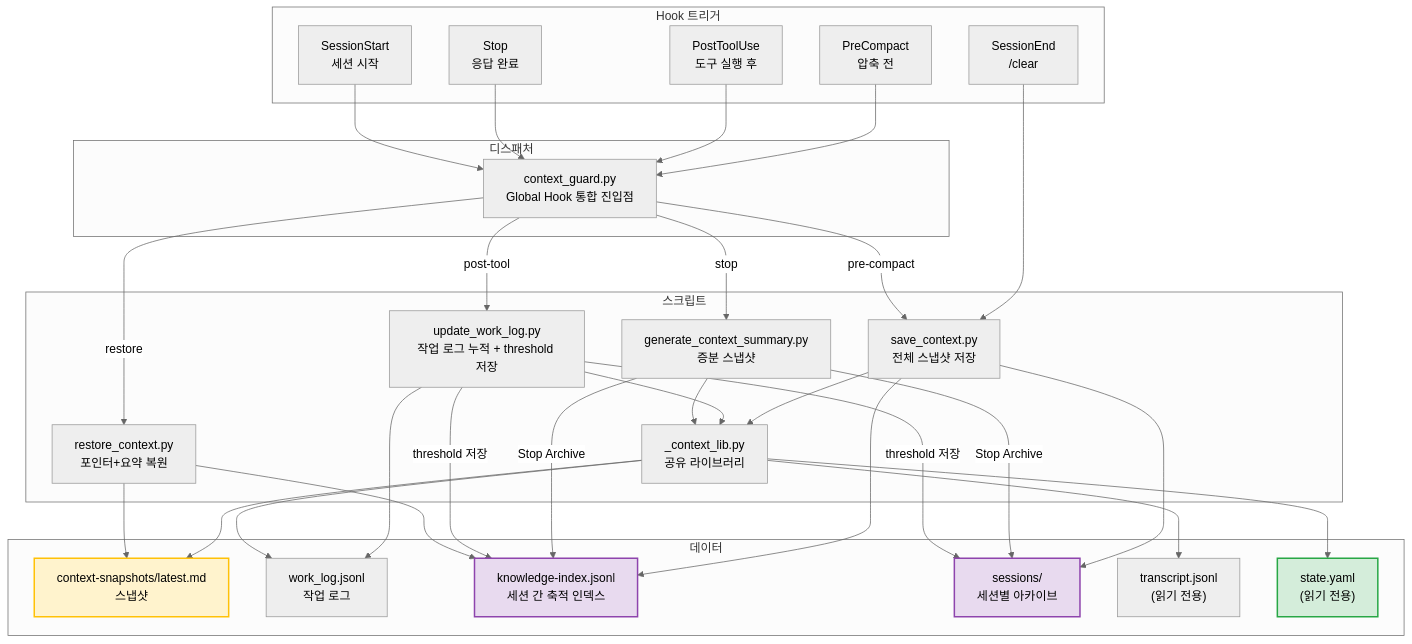
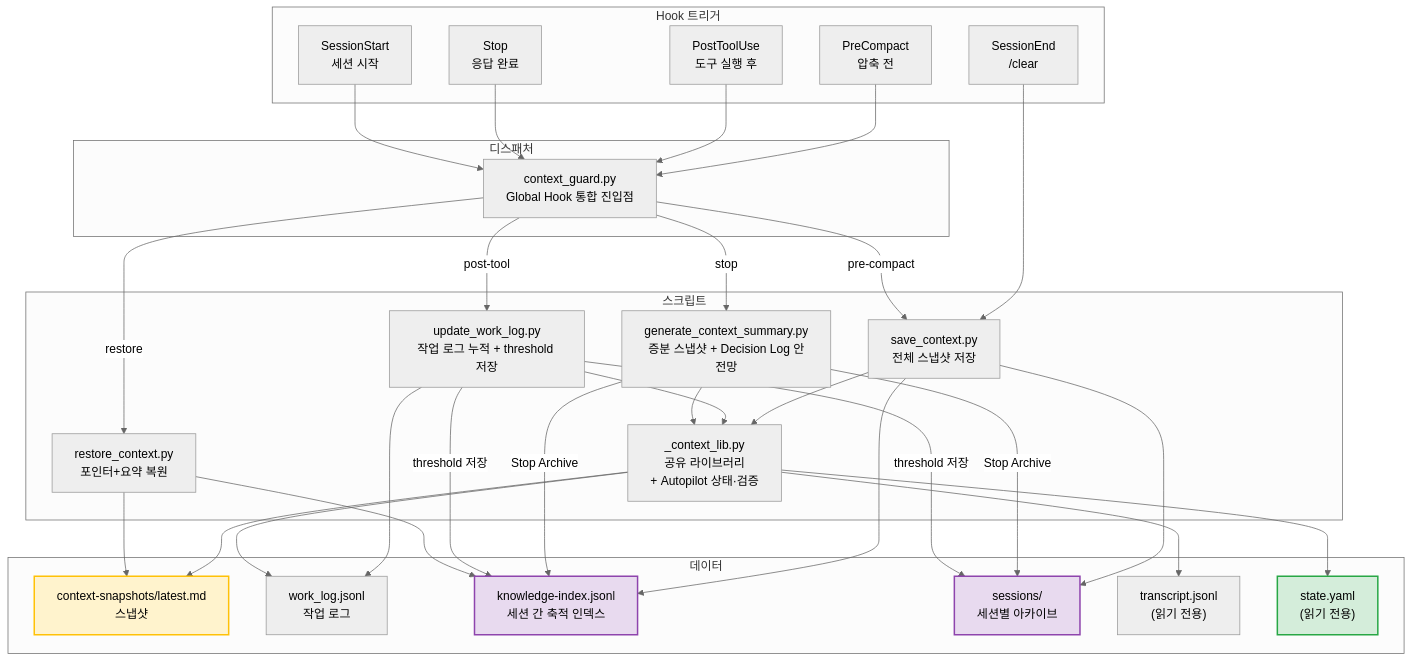
One commit to oogisoogi/AgenticWorkflow changed the sixth of 13 diagrams in AGENTICWORKFLOW-ARCHITECTURE-AND-PHILOSOPHY.md. Above: the diagram before and after it, drawn with Mermaid (neutral theme). The commit also changed other lines of this file and 5 other files, not shown here.

````diff
--- a/AGENTICWORKFLOW-ARCHITECTURE-AND-PHILOSOPHY.md
+++ b/AGENTICWORKFLOW-ARCHITECTURE-AND-PHILOSOPHY.md
@@ -631,64 +631,64 @@
 ```mermaid
 graph TB
     subgraph "Hook 트리거"
         SE["SessionEnd<br/>/clear"]
         PC["PreCompact<br/>압축 전"]
         PTU["PostToolUse<br/>도구 실행 후"]
         ST["Stop<br/>응답 완료"]
         SS["SessionStart<br/>세션 시작"]
     end
 
     subgraph "디스패처"
         CG["context_guard.py<br/>Global Hook 통합 진입점"]
     end
 
     subgraph "스크립트"
         SAVE["save_context.py<br/>전체 스냅샷 저장"]
         UWL["update_work_log.py<br/>작업 로그 누적 + threshold 저장"]
-        GCS["generate_context_summary.py<br/>증분 스냅샷"]
+        GCS["generate_context_summary.py<br/>증분 스냅샷 + Decision Log 안전망"]
         REST["restore_context.py<br/>포인터+요약 복원"]
-        LIB["_context_lib.py<br/>공유 라이브러리"]
+        LIB["_context_lib.py<br/>공유 라이브러리<br/>+ Autopilot 상태·검증"]
     end
 
     subgraph "데이터"
         SNAP["context-snapshots/latest.md<br/>스냅샷"]
         WLOG["work_log.jsonl<br/>작업 로그"]
         KI["knowledge-index.jsonl<br/>세션 간 축적 인덱스"]
         SESS["sessions/<br/>세션별 아카이브"]
         TRANS["transcript.jsonl<br/>(읽기 전용)"]
         SOT2["state.yaml<br/>(읽기 전용)"]
     end
 
     SE --> SAVE
     PC --> CG
     PTU --> CG
     ST --> CG
     SS --> CG
     CG -->|pre-compact| SAVE
     CG -->|post-tool| UWL
     CG -->|stop| GCS
     CG -->|restore| REST
 
     SAVE --> LIB
     UWL --> LIB
     GCS --> LIB
 
     LIB --> TRANS
     LIB --> SOT2
     LIB --> SNAP
     UWL --> WLOG
     LIB --> WLOG
     SAVE --> KI
     SAVE --> SESS
     GCS -->|"Stop Archive"| KI
     GCS -->|"Stop Archive"| SESS
     UWL -->|"threshold 저장"| KI
     UWL -->|"threshold 저장"| SESS
     REST --> SNAP
     REST --> KI
 
     style SOT2 fill:#d4edda,stroke:#28a745,stroke-width:2px
     style SNAP fill:#fff3cd,stroke:#ffc107,stroke-width:2px
     style KI fill:#e8daef,stroke:#8e44ad,stroke-width:2px
     style SESS fill:#e8daef,stroke:#8e44ad,stroke-width:2px
 ```
````
